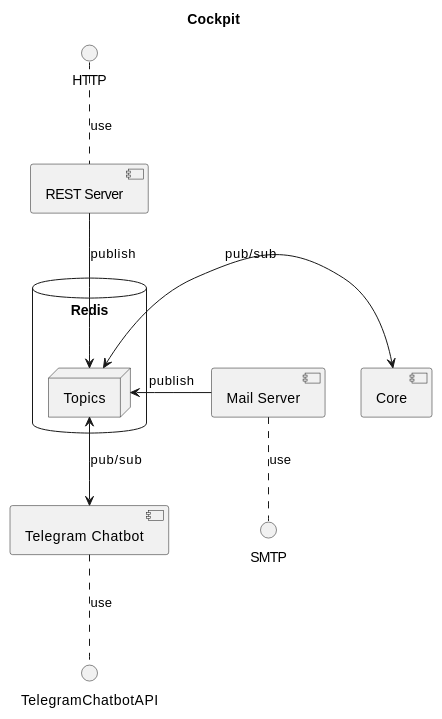
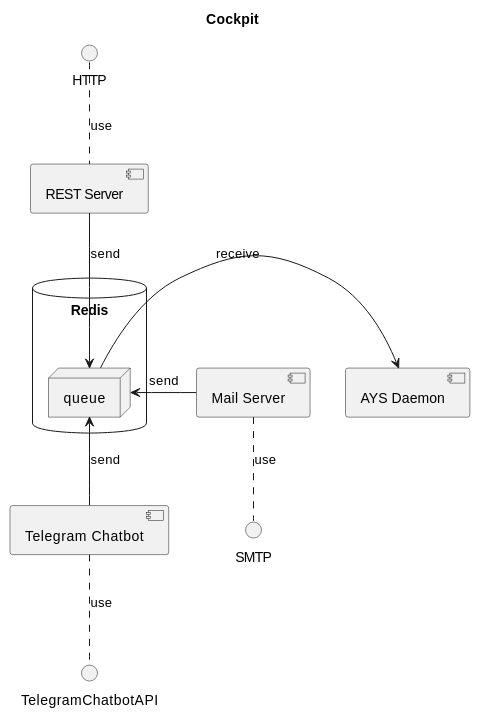
The diagram in docs/architecture.md (Jumpscale/g8cockpit), drawn with PlantUML before and after one commit. The commit also changed other lines of this file and 4 other files, not shown here.

```diff
--- a/docs/architecture.md
+++ b/docs/architecture.md
@@ -7,24 +7,24 @@
 {% plantuml %}
 @startuml
 title Cockpit
 [REST Server] as rest
 [Mail Server] as mail
-[Core] as core
+[AYS Daemon] as daemon
 [Telegram Chatbot] as telegram
 database "Redis" {
-  node Topics{
+  node queue{
   }
 }
 
 rest .up. HTTP : use
 mail .down. SMTP : use
 telegram .down. TelegramChatbotAPI : use
 
-rest -down-> Topics : publish
-mail -left-> Topics : publish
-core <-right-> Topics : pub/sub
-telegram <-up-> Topics: pub/sub
-
+rest -down-> queue : send
+mail -left-> queue : send
+daemon <-right- queue : receive
+telegram -up-> queue: send
 
 @enduml
+
 {% endplantuml %}
```
